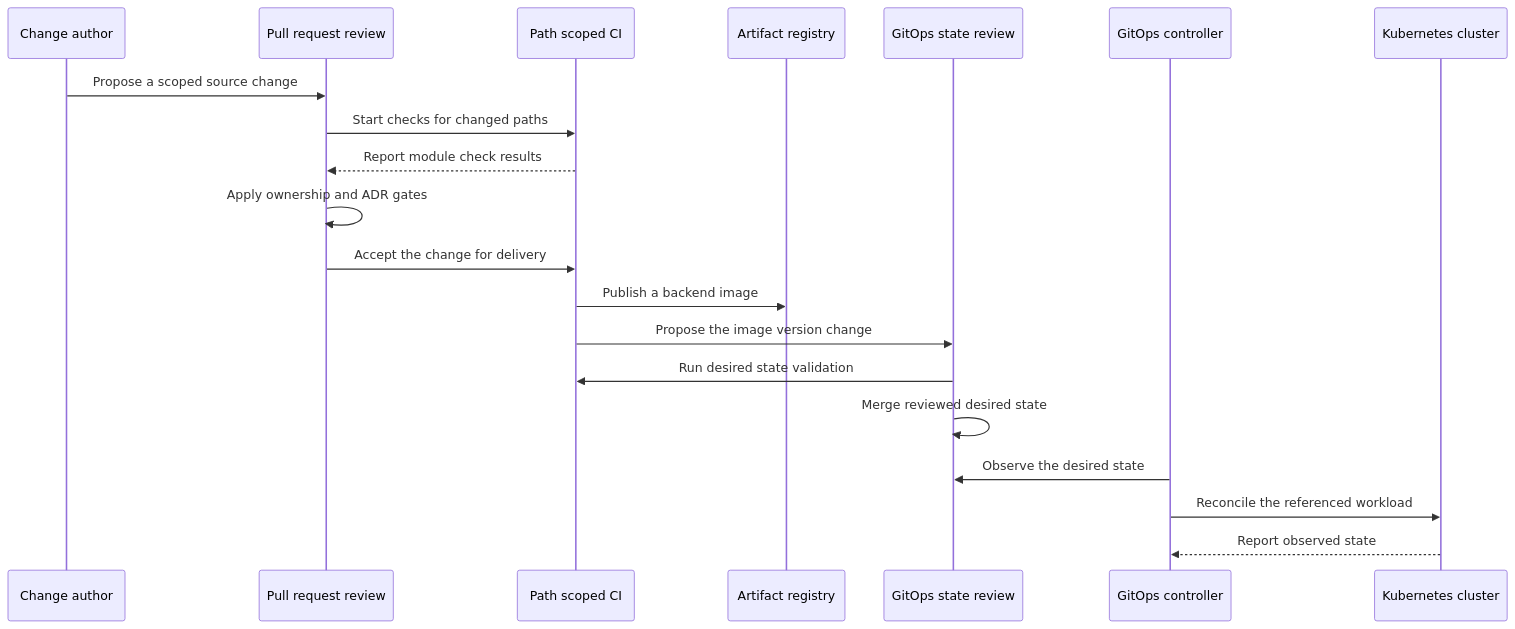
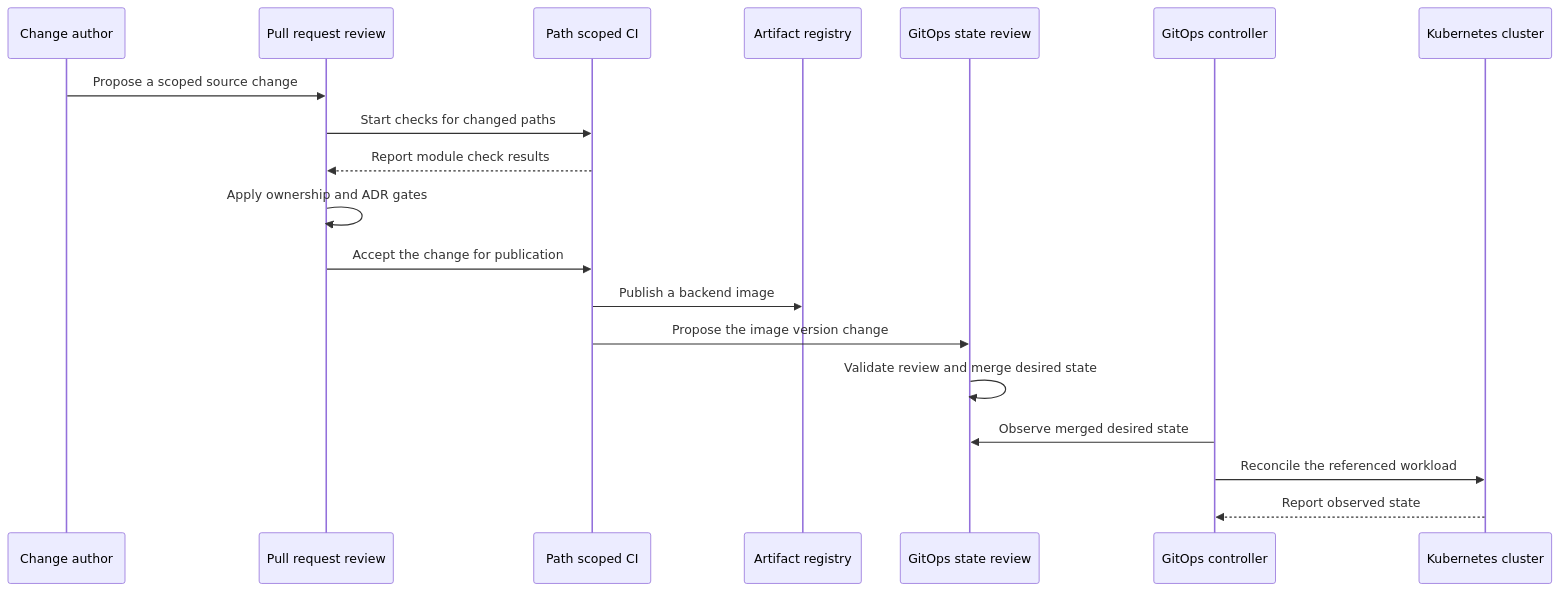
One commit to LaNguAx/bidpoint changed the first of 2 diagrams in openwiki/workflows/repository-change-lifecycle.md. Above: the diagram before and after it, drawn with Mermaid. The commit also changed other lines of this file and 14 other files, not shown here.

````diff
--- a/openwiki/workflows/repository-change-lifecycle.md
+++ b/openwiki/workflows/repository-change-lifecycle.md
@@ -58,23 +59,22 @@
 ```mermaid
 sequenceDiagram
   participant Author as Change author
   participant Review as Pull request review
   participant CI as Path scoped CI
   participant Registry as Artifact registry
   participant StateReview as GitOps state review
   participant Controller as GitOps controller
   participant Cluster as Kubernetes cluster
 
   Author->>Review: Propose a scoped source change
   Review->>CI: Start checks for changed paths
   CI-->>Review: Report module check results
   Review->>Review: Apply ownership and ADR gates
-  Review->>CI: Accept the change for delivery
+  Review->>CI: Accept the change for publication
   CI->>Registry: Publish a backend image
   CI->>StateReview: Propose the image version change
-  StateReview->>CI: Run desired state validation
-  StateReview->>StateReview: Merge reviewed desired state
-  Controller->>StateReview: Observe the desired state
+  StateReview->>StateReview: Validate review and merge desired state
+  Controller->>StateReview: Observe merged desired state
   Controller->>Cluster: Reconcile the referenced workload
   Cluster-->>Controller: Report observed state
 ```
````
